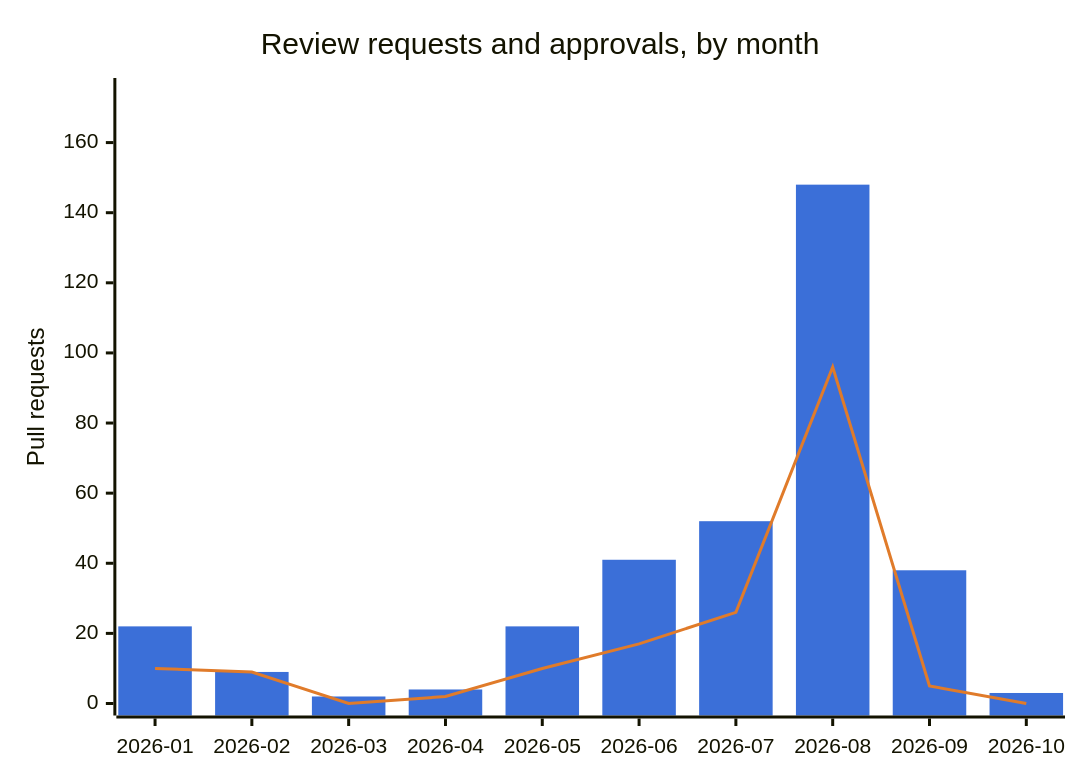
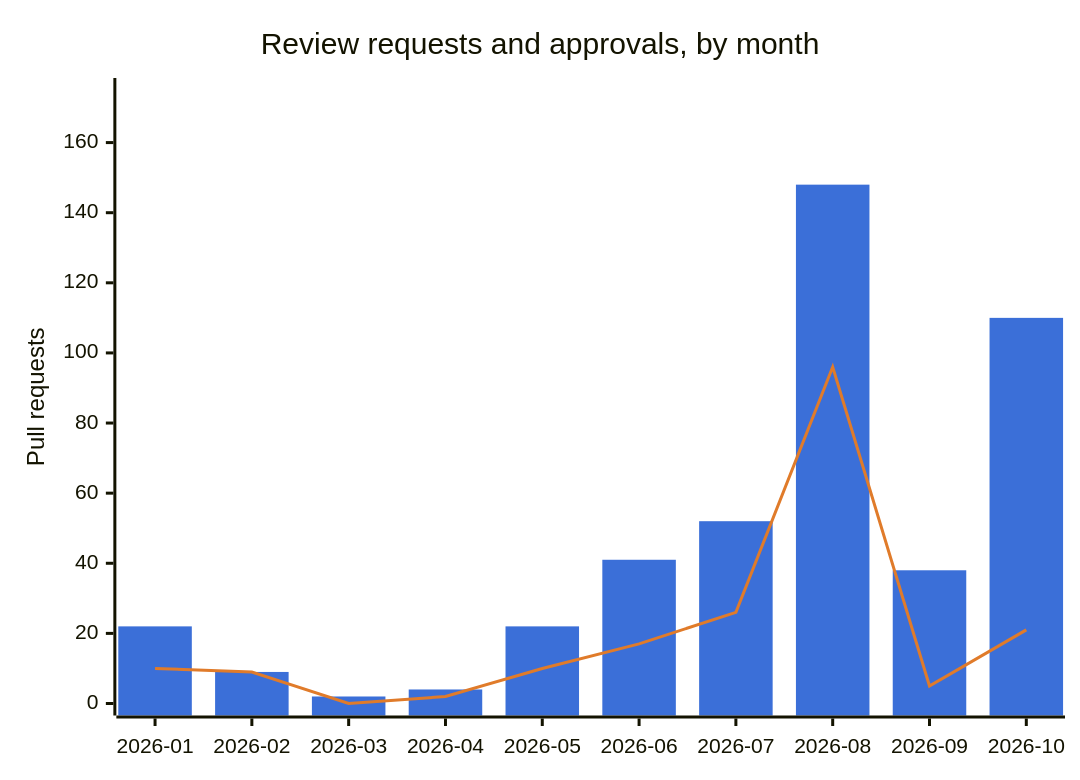
Before and after one commit to xymon-monitoring/xymon-wiki: the third of 5 diagrams in docs/about/project-activity.md, drawn with Mermaid. The commit also changed other lines of this file, not shown here.

````diff
--- a/docs/about/project-activity.md
+++ b/docs/about/project-activity.md
@@ -96,9 +97,9 @@
 ```mermaid
 %%{init: {"themeVariables": {"xyChart": {"plotColorPalette": "#3b6fd8, #e07b2a"}}}}%%
 xychart-beta
     title "Review requests and approvals, by month"
     x-axis ["2026-01", "2026-02", "2026-03", "2026-04", "2026-05", "2026-06", "2026-07", "2026-08", "2026-09", "2026-10"]
     y-axis "Pull requests" 0 --> 175
-    bar [22, 9, 2, 4, 22, 41, 52, 148, 38, 3]
-    line [10, 9, 0, 2, 10, 17, 26, 96, 5, 0]
+    bar [22, 9, 2, 4, 22, 41, 52, 148, 38, 110]
+    line [10, 9, 0, 2, 10, 17, 26, 96, 5, 21]
 ```
````
